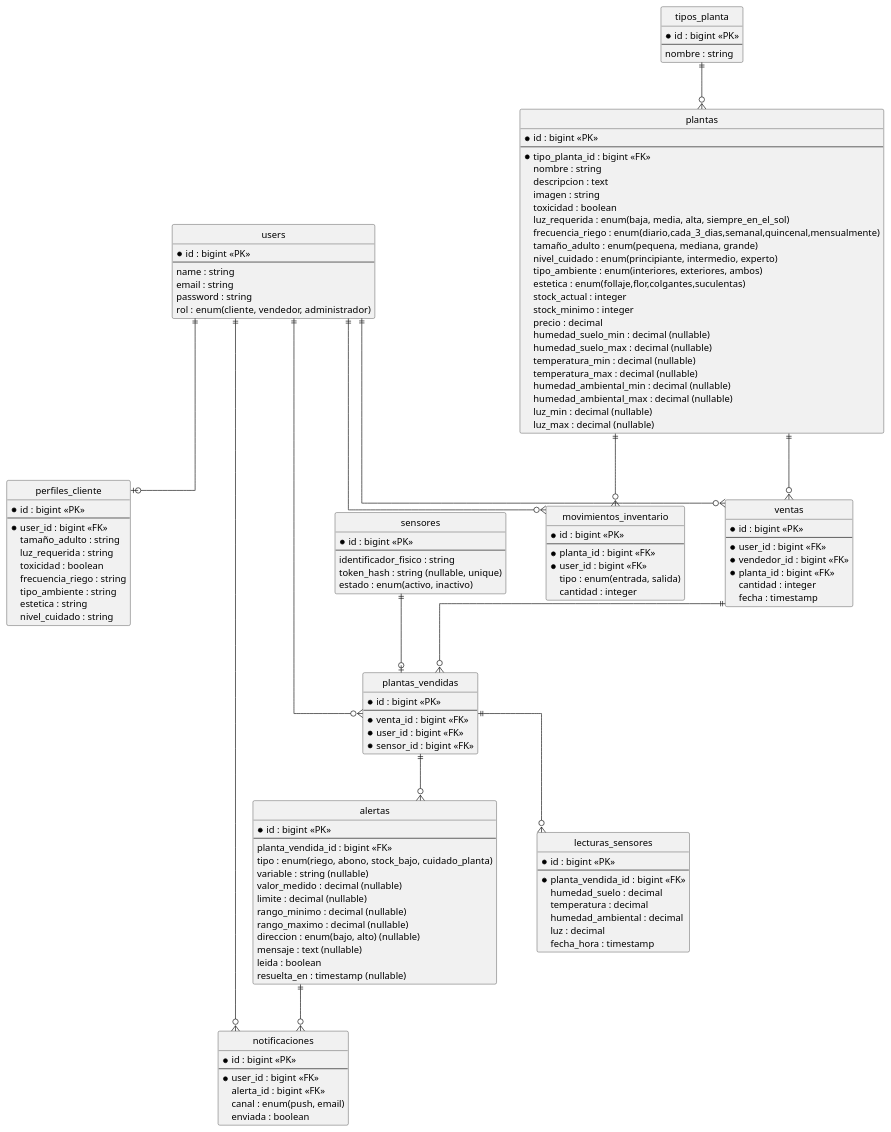
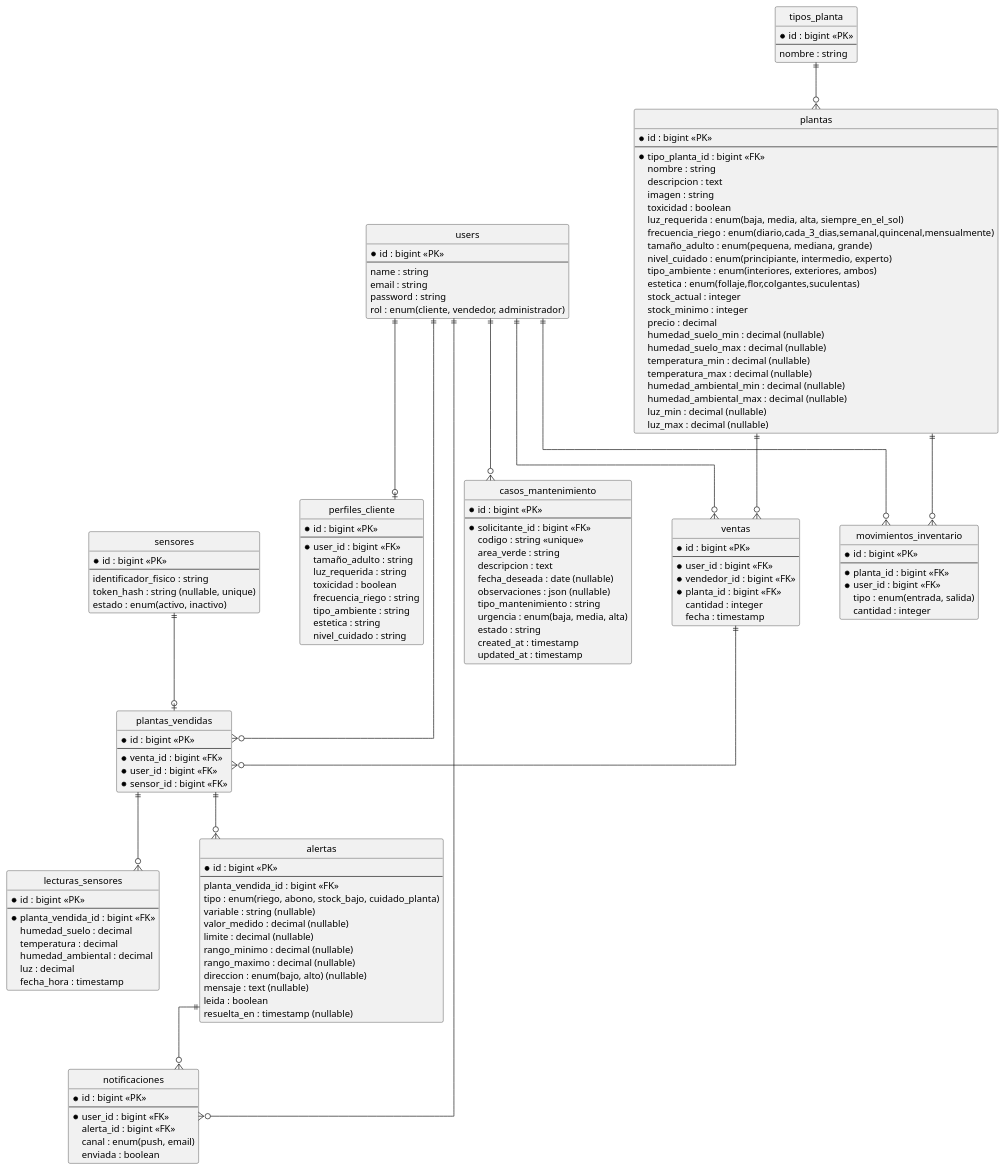
Before and after one commit to Jose-76825708/Adaptia: the diagram in docs/modelo-bd.md, drawn with PlantUML. The commit also changed 10 other files, not shown here.

```diff
--- a/docs/modelo-bd.md
+++ b/docs/modelo-bd.md
@@ -60,6 +60,23 @@
   humedad_ambiental_max : decimal (nullable)
   luz_min : decimal (nullable)
   luz_max : decimal (nullable)
+}
+
+' ---- Capa 3: Mantenimiento ----
+entity "casos_mantenimiento" as casos_mantenimiento {
+  * id : bigint <<PK>>
+  --
+  * solicitante_id : bigint <<FK>>
+  codigo : string <<unique>>
+  area_verde : string
+  descripcion : text
+  fecha_deseada : date (nullable)
+  observaciones : json (nullable)
+  tipo_mantenimiento : string
+  urgencia : enum(baja, media, alta)
+  estado : string
+  created_at : timestamp
+  updated_at : timestamp
 }
 
 ' ---- Capa 3: Ventas ----
@@ -140,6 +157,8 @@
 users ||--o| perfiles_cliente
 tipos_planta ||--o{ plantas
 
+users ||--o{ casos_mantenimiento
+
 users ||--o{ ventas
 plantas ||--o{ ventas
 plantas ||--o{ movimientos_inventario
```
